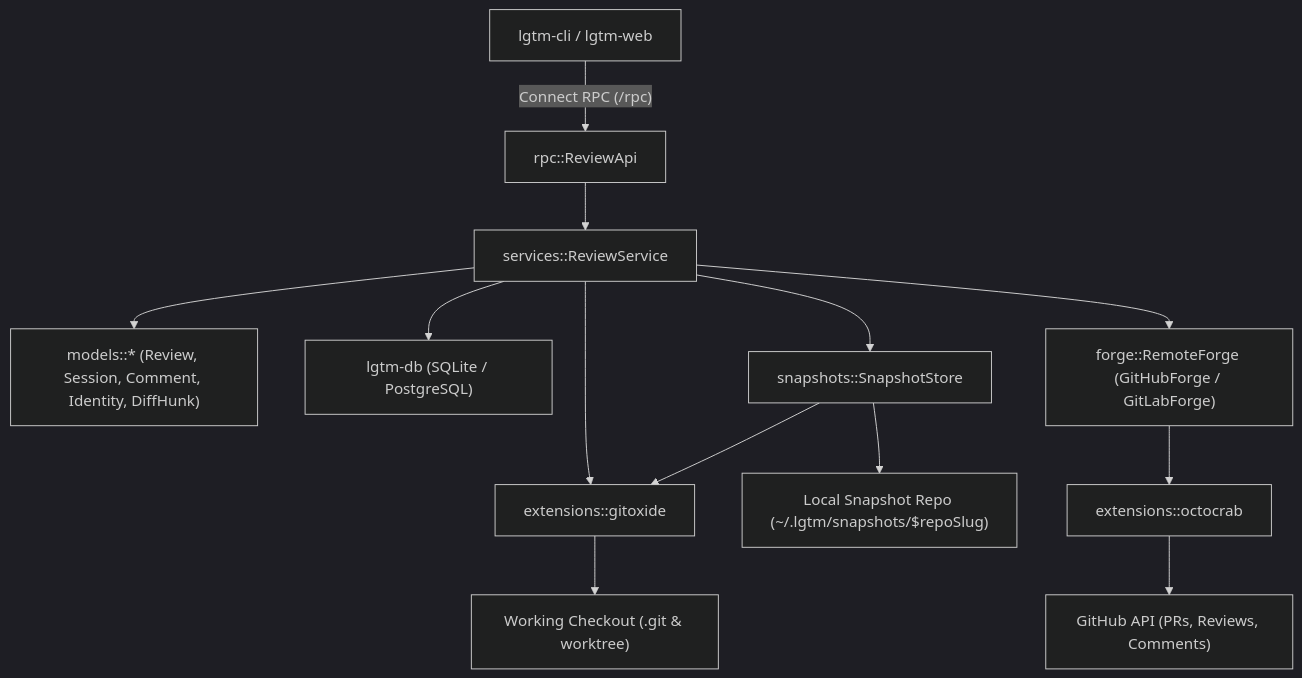
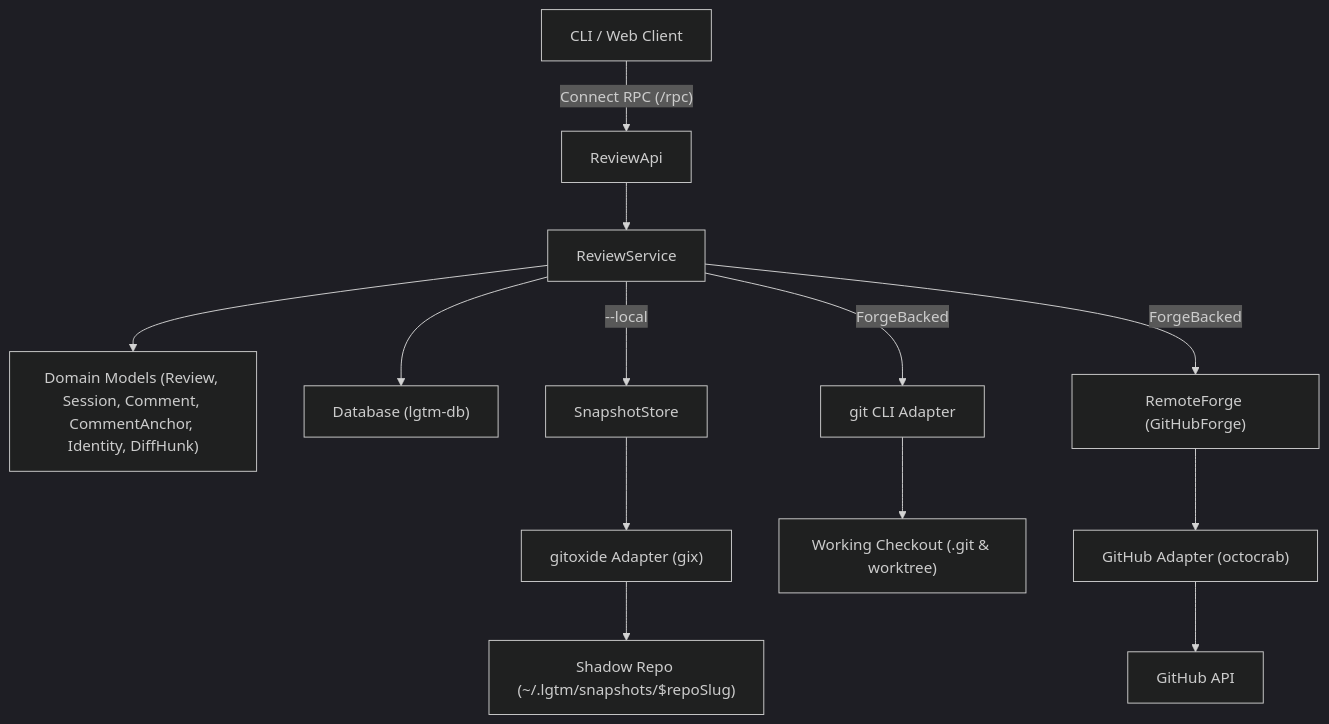
One commit to difflab-io/lgtm changed the first of 11 diagrams in docs/architecture/forge/index.md. Above: the diagram before and after it, drawn with Mermaid (dark theme). The commit also changed other lines of this file and 26 other files, not shown here.

Commit message:
feat(forge,cli): isolate local snapshot store, purify domain models, and refine authorship

````diff
--- a/docs/architecture/forge/index.md
+++ b/docs/architecture/forge/index.md
@@ -239,15 +231,15 @@
 ```mermaid
 flowchart TD
-    CLI["lgtm-cli / lgtm-web"] -->|"Connect RPC (/rpc)"| RPC["rpc::ReviewApi"]
-    RPC --> SERVICE["services::ReviewService"]
-    SERVICE --> MODELS["models::* (Review, Session, Comment, Identity, DiffHunk)"]
-    SERVICE --> DB["lgtm-db (SQLite / PostgreSQL)"]
-    SERVICE --> SNAPSHOT_STORE["snapshots::SnapshotStore"]
-    SERVICE --> GITOXIDE["extensions::gitoxide"]
-    SERVICE --> REMOTE_FORGE["forge::RemoteForge (GitHubForge / GitLabForge)"]
-    SNAPSHOT_STORE --> GITOXIDE
-    SNAPSHOT_STORE --> SNAPSHOT["Local Snapshot Repo (~/.lgtm/snapshots/$repoSlug)"]
-    GITOXIDE --> CHECKOUT["Working Checkout (.git & worktree)"]
-    REMOTE_FORGE --> OCTOCRAB["extensions::octocrab"]
-    OCTOCRAB --> GITHUB["GitHub API (PRs, Reviews, Comments)"]
+    CLI["CLI / Web Client"] -->|"Connect RPC (/rpc)"| RPC["ReviewApi"]
+    RPC --> SERVICE["ReviewService"]
+    SERVICE --> MODELS["Domain Models (Review, Session, Comment, CommentAnchor, Identity, DiffHunk)"]
+    SERVICE --> DB["Database (lgtm-db)"]
+    SERVICE -->|"--local"| SNAPSHOT_STORE["SnapshotStore"]
+    SERVICE -->|"ForgeBacked"| GIT["git CLI Adapter"]
+    SERVICE -->|"ForgeBacked"| REMOTE_FORGE["RemoteForge (GitHubForge)"]
+    SNAPSHOT_STORE --> GITOXIDE["gitoxide Adapter (gix)"]
+    GITOXIDE --> SNAPSHOT["Shadow Repo (~/.lgtm/snapshots/$repoSlug)"]
+    GIT --> CHECKOUT["Working Checkout (.git & worktree)"]
+    REMOTE_FORGE --> OCTOCRAB["GitHub Adapter (octocrab)"]
+    OCTOCRAB --> GITHUB["GitHub API"]
 ```
````
